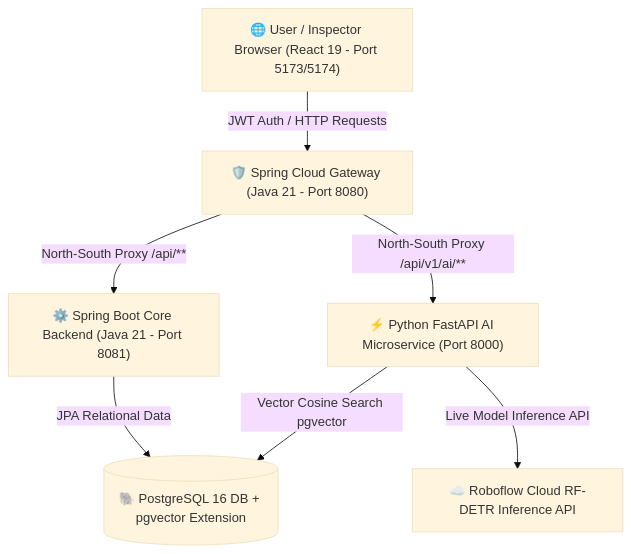
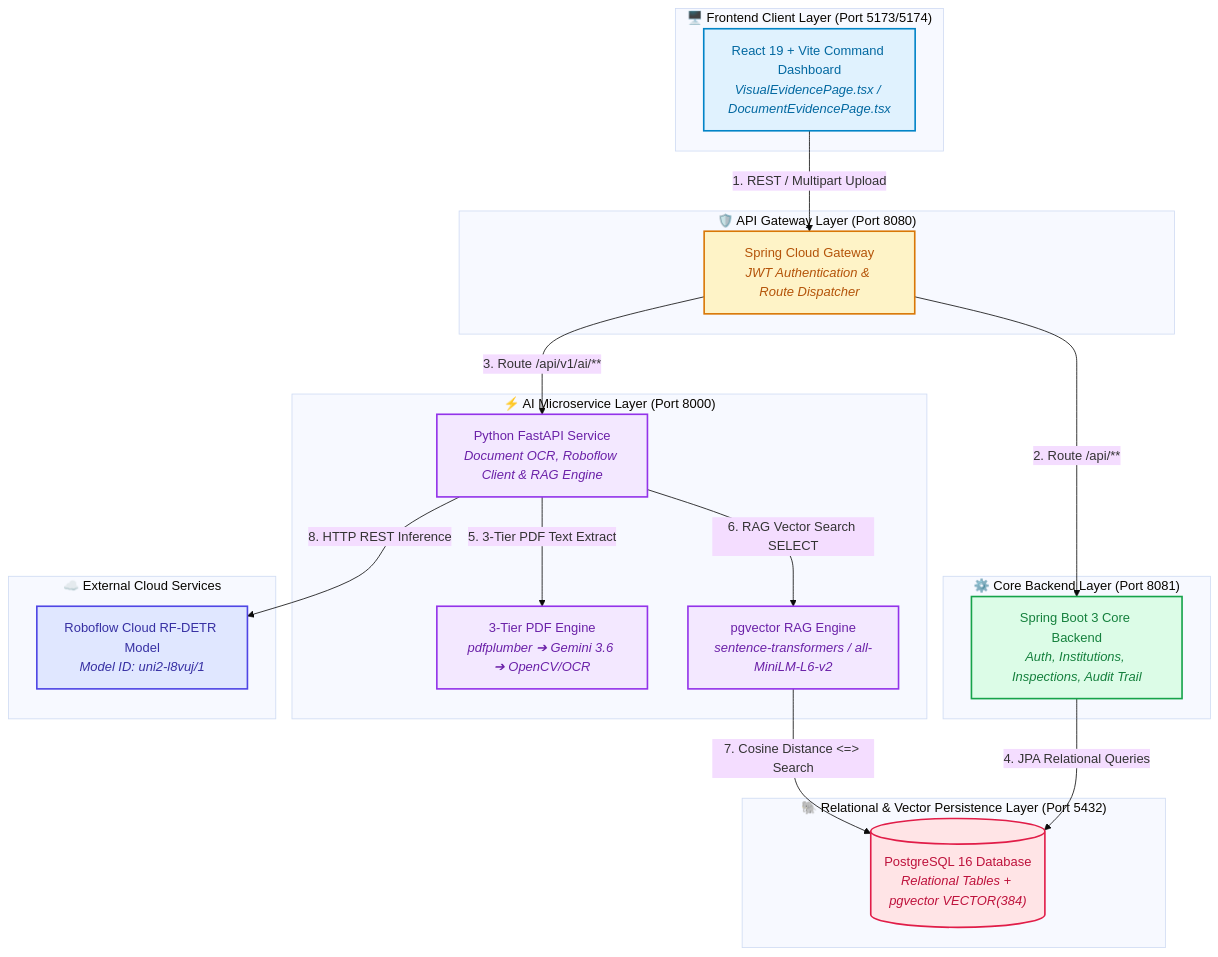
The first of 3 diagrams in PROJECT_PROGRESS.md (dharsha-l/UNI), drawn with Mermaid (base theme) before and after one commit. The commit also changed other lines of this file and 1 other file, not shown here.

Commit message:
Enhance PROJECT_PROGRESS.md and README.md with high-fidelity styled Mermaid architecture, sequence, and flowchart code

````diff
--- a/PROJECT_PROGRESS.md
+++ b/PROJECT_PROGRESS.md
@@ -38,16 +38,46 @@
 ```mermaid
-graph TD
-    User["🌐 User / Inspector Browser (React 19 - Port 5173/5174)"]
-    Gateway["🛡️ Spring Cloud Gateway (Java 21 - Port 8080)"]
-    CoreBackend["⚙️ Spring Boot Core Backend (Java 21 - Port 8081)"]
-    FastAPI["⚡ Python FastAPI AI Microservice (Port 8000)"]
-    Postgres[("🐘 PostgreSQL 16 DB + pgvector Extension")]
-    RoboflowCloud["☁️ Roboflow Cloud RF-DETR Inference API"]
+graph TB
+    %% Styling & Class Definitions
+    classDef client fill:#e0f2fe,stroke:#0284c7,stroke-width:2px,color:#0369a1;
+    classDef gateway fill:#fef3c7,stroke:#d97706,stroke-width:2px,color:#b45309;
+    classDef backend fill:#dcfce7,stroke:#16a34a,stroke-width:2px,color:#15803d;
+    classDef ai fill:#f3e8ff,stroke:#9333ea,stroke-width:2px,color:#6b21a8;
+    classDef db fill:#ffe4e6,stroke:#e11d48,stroke-width:2px,color:#be123c;
+    classDef cloud fill:#e0e7ff,stroke:#4f46e5,stroke-width:2px,color:#3730a3;
 
-    User -->|JWT Auth / HTTP Requests| Gateway
-    Gateway -->|North-South Proxy /api/**| CoreBackend
-    Gateway -->|North-South Proxy /api/v1/ai/**| FastAPI
-    CoreBackend -->|JPA Relational Data| Postgres
-    FastAPI -->|Vector Cosine Search pgvector| Postgres
-    FastAPI -->|Live Model Inference API| RoboflowCloud
+    subgraph ClientLayer["🖥️ Frontend Client Layer (Port 5173/5174)"]
+        UI["React 19 + Vite Command Dashboard<br/><i>VisualEvidencePage.tsx / DocumentEvidencePage.tsx</i>"]:::client
+    end
+
+    subgraph GatewayLayer["🛡️ API Gateway Layer (Port 8080)"]
+        Gateway["Spring Cloud Gateway<br/><i>JWT Authentication & Route Dispatcher</i>"]:::gateway
+    end
+
+    subgraph BackendLayer["⚙️ Core Backend Layer (Port 8081)"]
+        BootCore["Spring Boot 3 Core Backend<br/><i>Auth, Institutions, Inspections, Audit Trail</i>"]:::backend
+    end
+
+    subgraph AILayer["⚡ AI Microservice Layer (Port 8000)"]
+        FastAPI["Python FastAPI Service<br/><i>Document OCR, Roboflow Client & RAG Engine</i>"]:::ai
+        DocEngine["3-Tier PDF Engine<br/><i>pdfplumber ➔ Gemini 3.6 ➔ OpenCV/OCR</i>"]:::ai
+        RAGEngine["pgvector RAG Engine<br/><i>sentence-transformers / all-MiniLM-L6-v2</i>"]:::ai
+    end
+
+    subgraph PersistenceLayer["🐘 Relational & Vector Persistence Layer (Port 5432)"]
+        Postgres[("PostgreSQL 16 Database<br/><i>Relational Tables + pgvector VECTOR(384)</i>")]:::db
+    end
+
+    subgraph CloudLayer["☁️ External Cloud Services"]
+        RoboflowCloud["Roboflow Cloud RF-DETR Model<br/><i>Model ID: uni2-l8vuj/1</i>"]:::cloud
+    end
+
+    %% Network Connections & Flow Routes
+    UI -->|1. REST / Multipart Upload| Gateway
+    Gateway -->|2. Route /api/**| BootCore
+    Gateway -->|3. Route /api/v1/ai/**| FastAPI
+    BootCore -->|4. JPA Relational Queries| Postgres
+    FastAPI -->|5. 3-Tier PDF Text Extract| DocEngine
+    FastAPI -->|6. RAG Vector Search SELECT| RAGEngine
+    RAGEngine -->|7. Cosine Distance <=> Search| Postgres
+    FastAPI -->|8. HTTP REST Inference| RoboflowCloud
 ```
````
